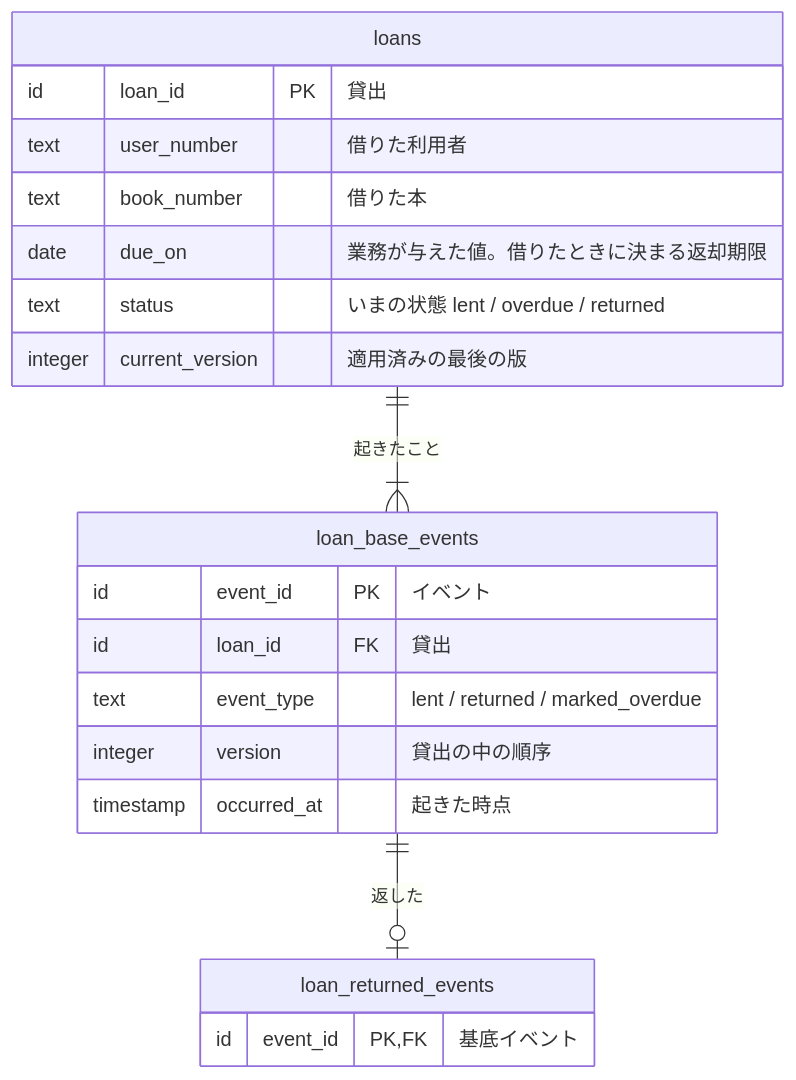
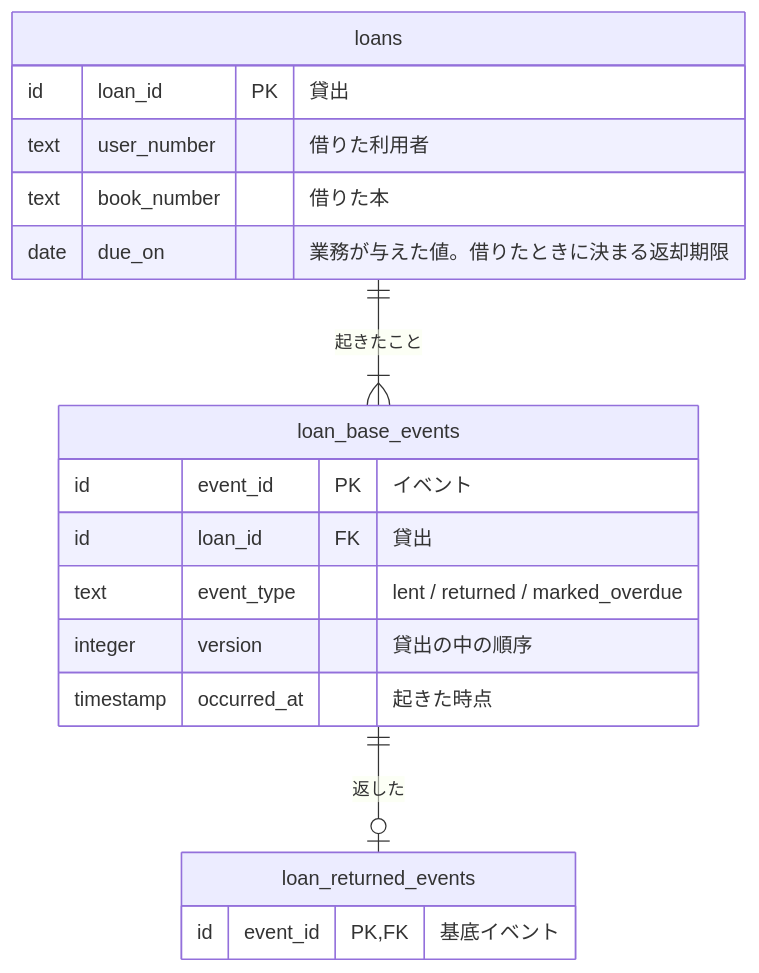
One commit to nakamori-naoya/write-doc-plugins changed the diagram in plugins/write-doc/skills/write-doc/assets/examples/command-data-model.example.md. Above: the diagram before and after it, drawn with Mermaid. The commit also changed other lines of this file and 6 other files, not shown here.

````diff
--- a/plugins/write-doc/skills/write-doc/assets/examples/command-data-model.example.md
+++ b/plugins/write-doc/skills/write-doc/assets/examples/command-data-model.example.md
@@ -27,23 +27,21 @@
 ```mermaid
 erDiagram
     loans {
         id loan_id PK "貸出"
         text user_number "借りた利用者"
         text book_number "借りた本"
         date due_on "業務が与えた値。借りたときに決まる返却期限"
-        text status "いまの状態 lent / overdue / returned"
-        integer current_version "適用済みの最後の版"
     }
     loan_base_events {
         id event_id PK "イベント"
         id loan_id FK "貸出"
         text event_type "lent / returned / marked_overdue"
         integer version "貸出の中の順序"
         timestamp occurred_at "起きた時点"
     }
     loan_returned_events {
         id event_id PK, FK "基底イベント"
     }
     loans ||--|{ loan_base_events : "起きたこと"
     loan_base_events ||--o| loan_returned_events : "返した"
 ```
````
